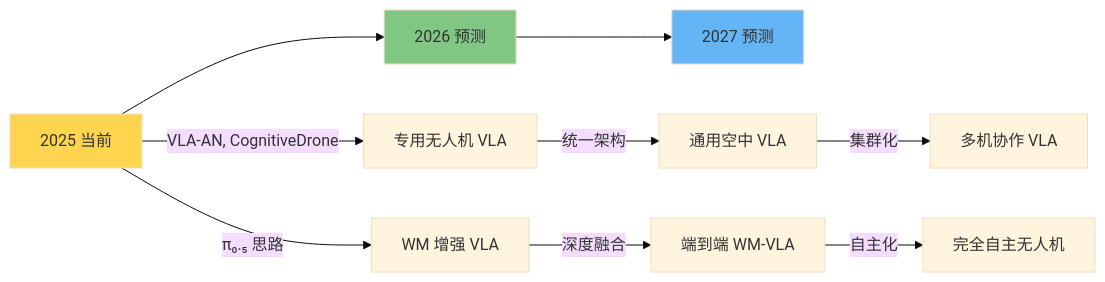
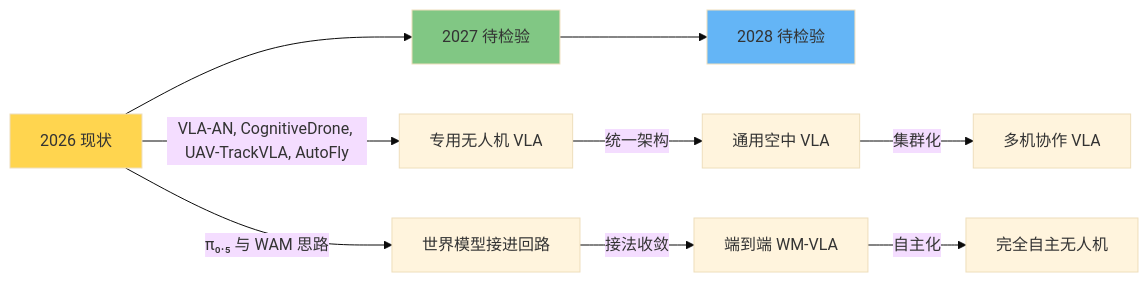
Diagram 19 of 19 in mindmaps/vla-evolution.md (Qxy661/UAV-WM-VLA-Learning), drawn with Mermaid (base theme) before and after one commit. The commit also changed other lines of this file and 22 other files, not shown here.

````diff
--- a/mindmaps/vla-evolution.md
+++ b/mindmaps/vla-evolution.md
@@ -520,17 +571,17 @@
 ```mermaid
 graph LR
-    Now["2025 当前"] --> Y1["2026 预测"] --> Y2["2027 预测"]
+    Now["2026 现状"] --> Y1["2027 待检验"] --> Y2["2028 待检验"]
 
-    Now --> |"VLA-AN, CognitiveDrone"| N1["专用无人机 VLA"]
-    Now --> |"π₀.₅ 思路"| N2["WM 增强 VLA"]
+    Now --> |"VLA-AN, CognitiveDrone, UAV-TrackVLA, AutoFly"| N1["专用无人机 VLA"]
+    Now --> |"π₀.₅ 与 WAM 思路"| N2["世界模型接进回路"]
 
     N1 --> |"统一架构"| Y1_A["通用空中 VLA"]
-    N2 --> |"深度融合"| Y1_B["端到端 WM-VLA"]
+    N2 --> |"接法收敛"| Y1_B["端到端 WM-VLA"]
 
     Y1_A --> |"集群化"| Y2_A["多机协作 VLA"]
     Y1_B --> |"自主化"| Y2_B["完全自主无人机"]
 
     style Now fill:#ffd54f
     style Y1 fill:#81c784
     style Y2 fill:#64b5f6
 ```
````
